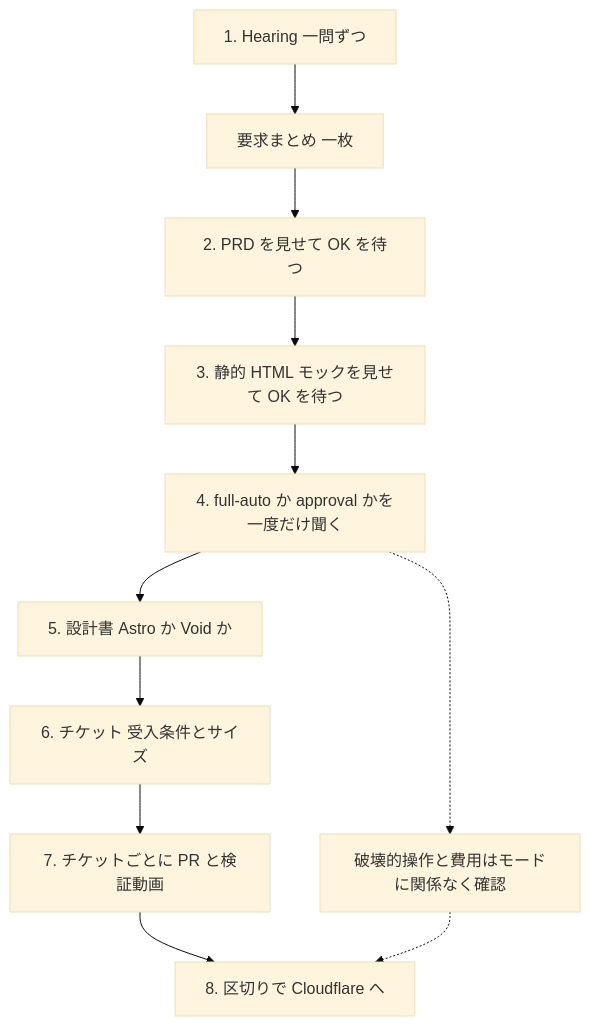
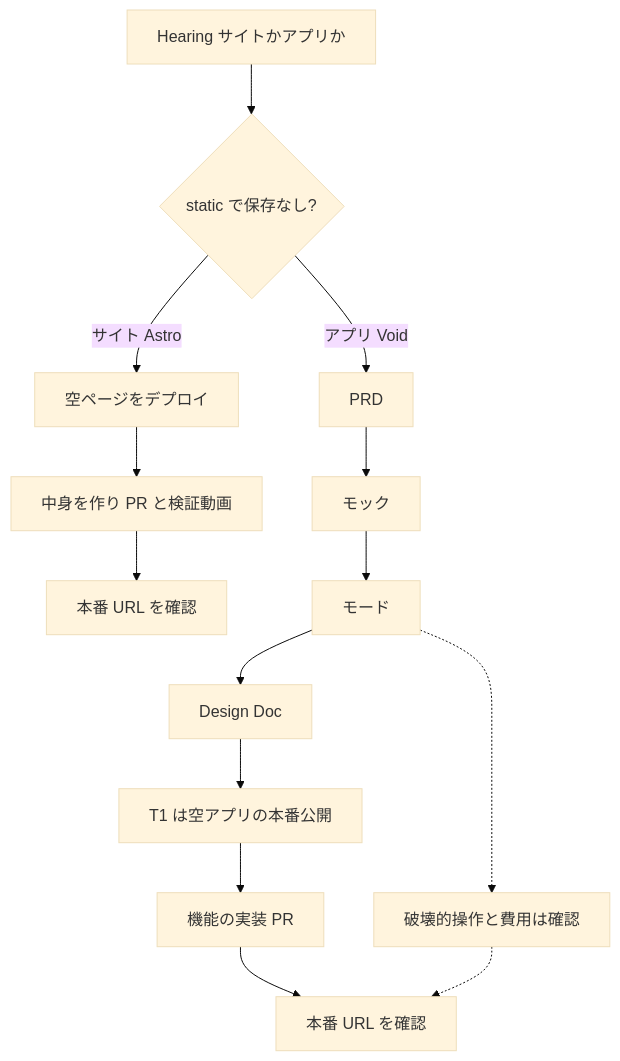
Before and after one commit to EringiV3/mamestack: the diagram in README.md, drawn with Mermaid (base theme). The commit also changed other lines of this file and 12 other files, not shown here.

````diff
--- a/README.md
+++ b/README.md
@@ -37,13 +37,16 @@
 ```mermaid
 flowchart TD
-  H[1. Hearing 一問ずつ] --> S[要求まとめ 一枚]
-  S --> P[2. PRD を見せて OK を待つ]
-  P --> K[3. 静的 HTML モックを見せて OK を待つ]
-  K --> M[4. full-auto か approval かを一度だけ聞く]
-  M --> D[5. 設計書 Astro か Void か]
-  D --> T[6. チケット 受入条件とサイズ]
-  T --> I[7. チケットごとに PR と検証動画]
-  I --> Y[8. 区切りで Cloudflare へ]
-  M -.-> C[破壊的操作と費用はモードに関係なく確認]
-  C -.-> Y
+  H[Hearing サイトかアプリか] --> Q{static で保存なし?}
+  Q -->|サイト Astro| E[空ページをデプロイ]
+  E --> B[中身を作り PR と検証動画]
+  B --> Y[本番 URL を確認]
+  Q -->|アプリ Void| P[PRD]
+  P --> K[モック]
+  K --> M[モード]
+  M --> D[Design Doc]
+  D --> T[T1 は空アプリの本番公開]
+  T --> I[機能の実装 PR]
+  I --> Y2[本番 URL を確認]
+  M -.-> C[破壊的操作と費用は確認]
+  C -.-> Y2
 ```
````
